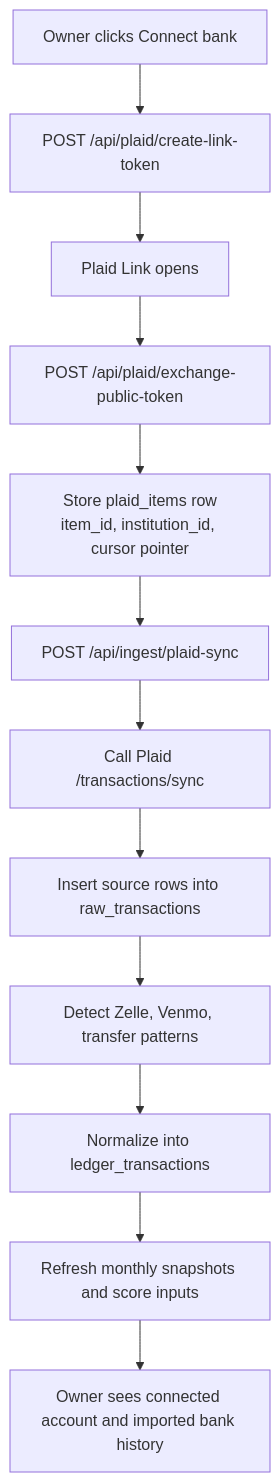
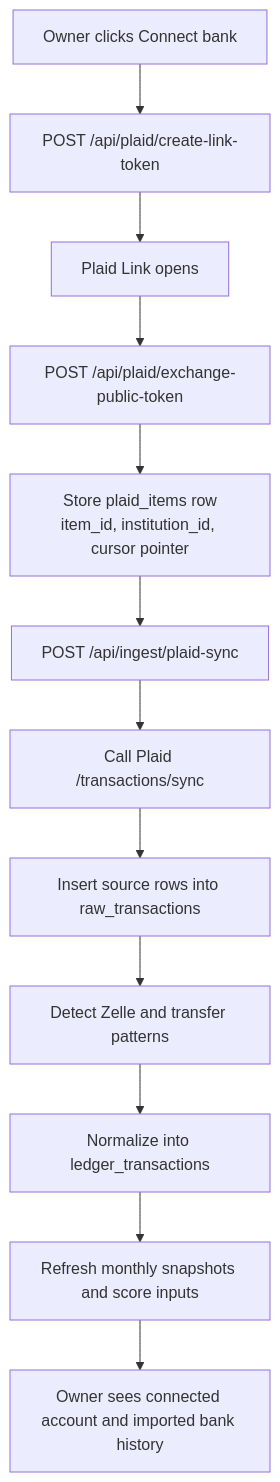
The second of 4 diagrams in docs/user-flows.md (harsenyan3/Fundalo), drawn with Mermaid before and after one commit. The commit also changed other lines of this file and 4 other files, not shown here.

````diff
--- a/docs/user-flows.md
+++ b/docs/user-flows.md
@@ -98,15 +91,15 @@
 ```mermaid
 flowchart TD
     U1["Owner clicks Connect bank"] --> F1["POST /api/plaid/create-link-token"]
     F1 --> P1["Plaid Link opens"]
     P1 --> F2["POST /api/plaid/exchange-public-token"]
     F2 --> T1["Store plaid_items row
 item_id, institution_id, cursor pointer"]
     T1 --> A1["POST /api/ingest/plaid-sync"]
     A1 --> P2["Call Plaid /transactions/sync"]
     P2 --> R1["Insert source rows into raw_transactions"]
-    R1 --> N1["Detect Zelle, Venmo, transfer patterns"]
+    R1 --> N1["Detect Zelle and transfer patterns"]
     N1 --> L1["Normalize into ledger_transactions"]
     L1 --> S1["Refresh monthly snapshots and score inputs"]
     S1 --> V1["Owner sees connected account and imported bank history"]
 ```
````
